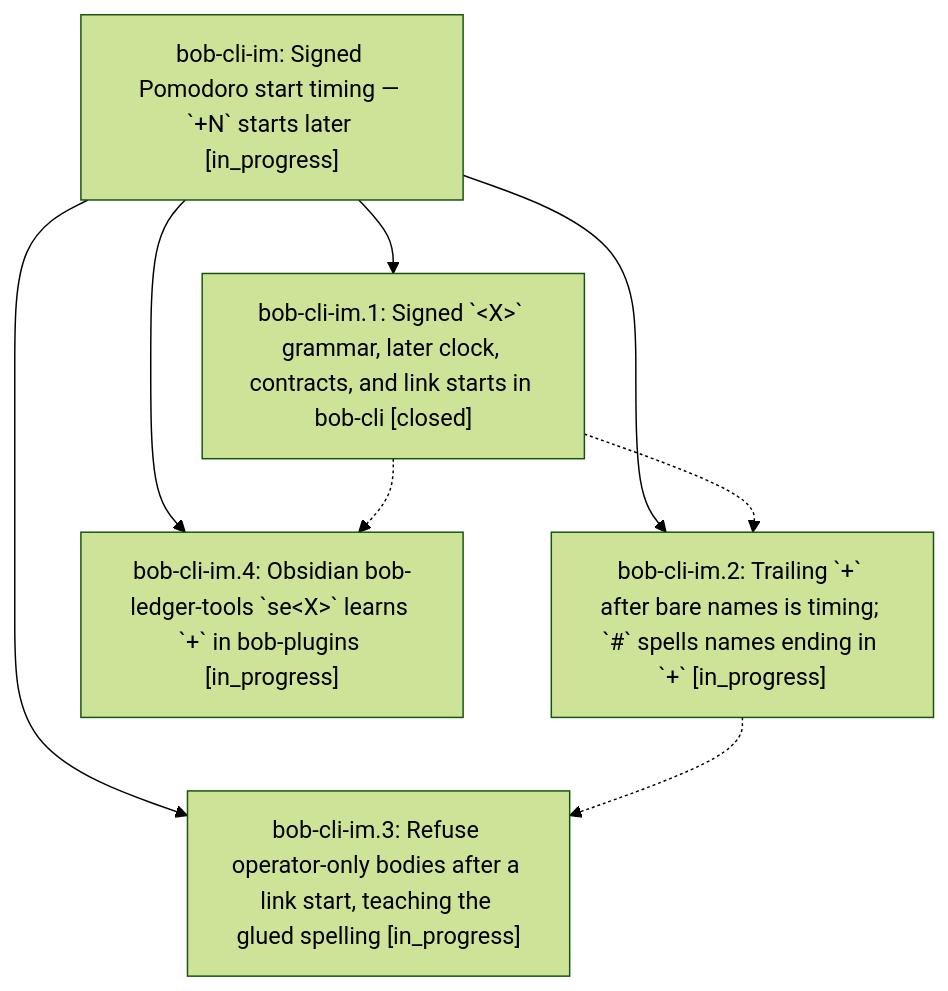
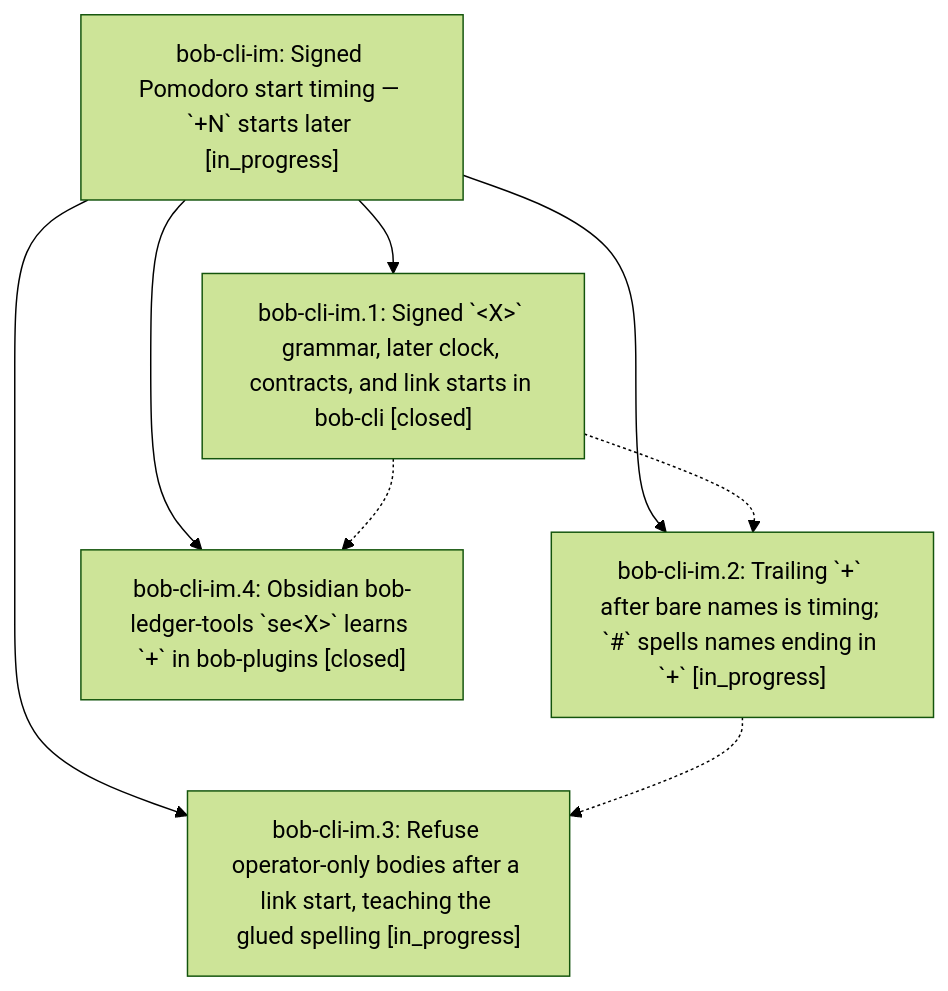
One commit to bobs-org/bob-cli--beads changed the diagram in pages/bob-cli-im/README.md. Above: the diagram before and after it, drawn with Mermaid (forest theme). The commit also changed other lines of this file and 2 other files, not shown here.

First line of the commit message:
chore(beads): sync bead state and pages for bob-cli-im

````diff
--- a/pages/bob-cli-im/README.md
+++ b/pages/bob-cli-im/README.md
@@ -37,15 +37,15 @@
 ```mermaid
 flowchart TD
     n0["bob-cli-im: Signed Pomodoro start timing — `+N` starts later [in_progress]"]
     n1["bob-cli-im.1: Signed `&lt;X&gt;` grammar, later clock, contracts, and link starts in bob-cli [closed]"]
     n2["bob-cli-im.2: Trailing `+` after bare names is timing; `#` spells names ending in `+` [in_progress]"]
     n3["bob-cli-im.3: Refuse operator-only bodies after a link start, teaching the glued spelling [in_progress]"]
-    n4["bob-cli-im.4: Obsidian bob-ledger-tools `se&lt;X&gt;` learns `+` in bob-plugins [in_progress]"]
+    n4["bob-cli-im.4: Obsidian bob-ledger-tools `se&lt;X&gt;` learns `+` in bob-plugins [closed]"]
     n0 --> n1
     n0 --> n2
     n0 --> n3
     n0 --> n4
     n1 -.-> n2
     n1 -.-> n4
     n2 -.-> n3
 ```
````
